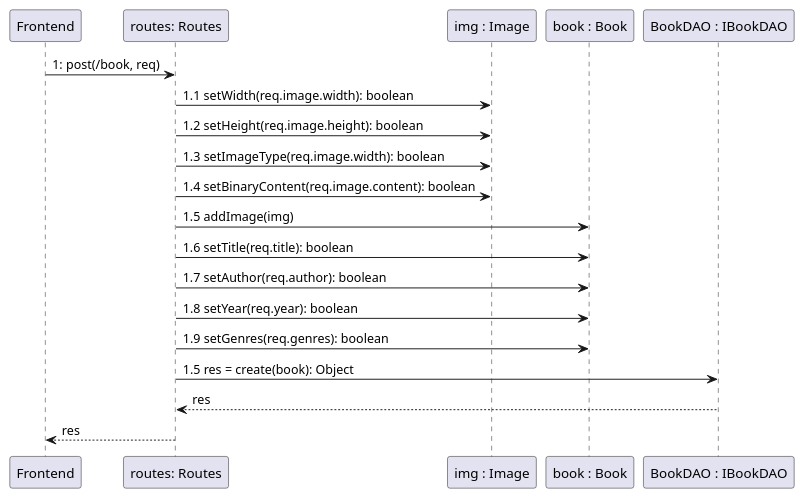
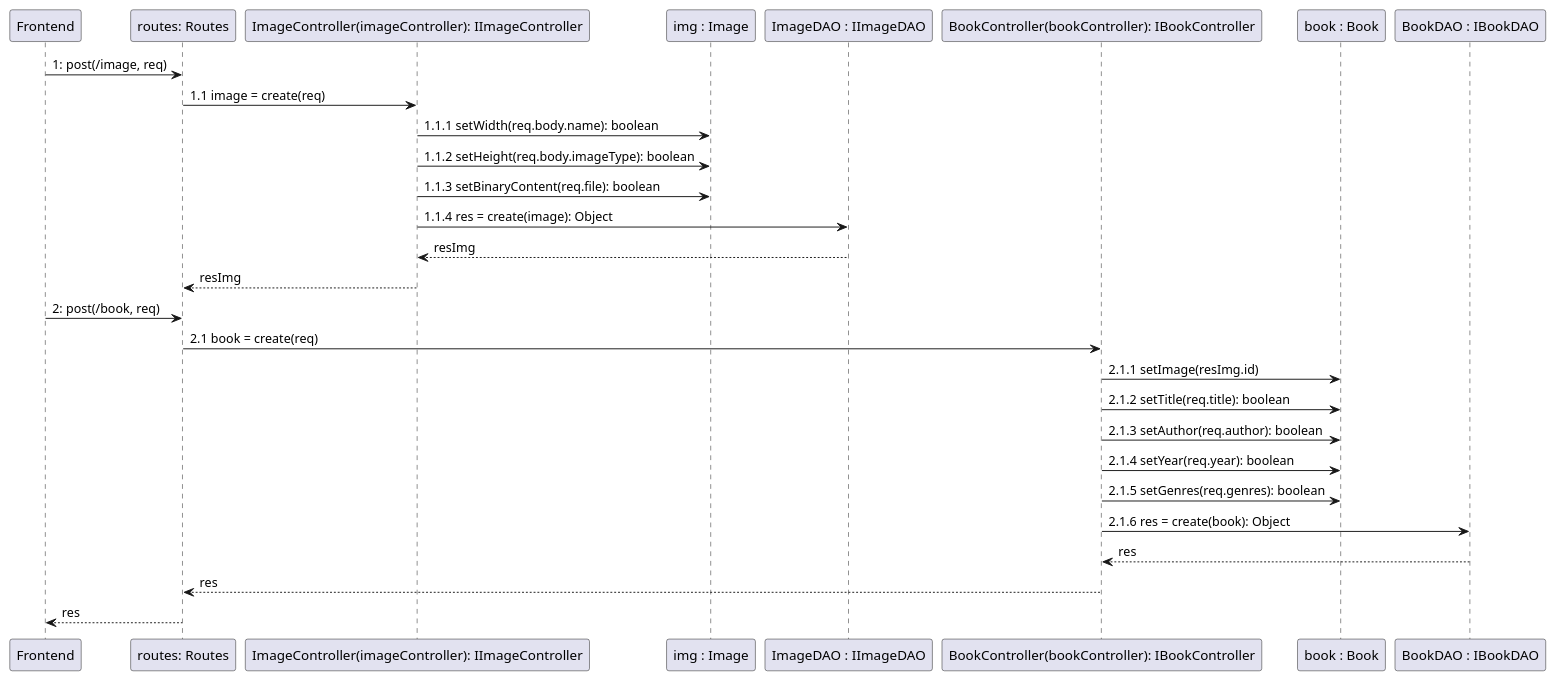
The diagram in project/Diagramas de Seq/book/create.plantuml (GustavoCunhaLacerda/projeto-es2), drawn with PlantUML before and after one commit. The commit also changed 1856 other files, not shown here.

```diff
--- a/project/Diagramas de Seq/book/create.plantuml
+++ b/project/Diagramas de Seq/book/create.plantuml
@@ -1,27 +1,37 @@
 @startuml es2
 skinparam class {
     BackgroundColor Snow
     BorderColor Black
 }
+Frontend -> "routes: Routes" : 1: post(/image, req)
+"routes: Routes" -> "ImageController(imageController): IImageController" : 1.1 image = create(req)
 
-Frontend -> "routes: Routes" : 1: post(/book, req)
+"ImageController(imageController): IImageController" -> "img : Image" : 1.1.1 setWidth(req.body.name): boolean
+"ImageController(imageController): IImageController" -> "img : Image" : 1.1.2 setHeight(req.body.imageType): boolean
+"ImageController(imageController): IImageController" -> "img : Image" : 1.1.3 setBinaryContent(req.file): boolean
 
-"routes: Routes" -> "img : Image" : 1.1 setWidth(req.image.width): boolean
-"routes: Routes" -> "img : Image" : 1.2 setHeight(req.image.height): boolean
-"routes: Routes" -> "img : Image" : 1.3 setImageType(req.image.width): boolean
-"routes: Routes" -> "img : Image" : 1.4 setBinaryContent(req.image.content): boolean
+"ImageController(imageController): IImageController" -> "ImageDAO : IImageDAO" : 1.1.4 res = create(image): Object
 
-"routes: Routes" -> "book : Book" : 1.5 addImage(img)
+"ImageDAO : IImageDAO" --> "ImageController(imageController): IImageController" : resImg
+"routes: Routes" <-- "ImageController(imageController): IImageController" : resImg
 
-"routes: Routes" -> "book : Book" : 1.6 setTitle(req.title): boolean
-"routes: Routes" -> "book : Book" : 1.7 setAuthor(req.author): boolean
-"routes: Routes" -> "book : Book" : 1.8 setYear(req.year): boolean
-"routes: Routes" -> "book : Book" : 1.9 setGenres(req.genres): boolean
+Frontend -> "routes: Routes" : 2: post(/book, req)
 
-"routes: Routes" -> "BookDAO : IBookDAO" : 1.5 res = create(book): Object
+"routes: Routes" -> "BookController(bookController): IBookController" : 2.1 book = create(req)
 
-"BookDAO : IBookDAO" --> "routes: Routes" : res
+
+"BookController(bookController): IBookController" -> "book : Book" : 2.1.1 setImage(resImg.id)
+"BookController(bookController): IBookController" -> "book : Book" : 2.1.2 setTitle(req.title): boolean
+"BookController(bookController): IBookController" -> "book : Book" : 2.1.3 setAuthor(req.author): boolean
+"BookController(bookController): IBookController" -> "book : Book" : 2.1.4 setYear(req.year): boolean
+"BookController(bookController): IBookController" -> "book : Book" : 2.1.5 setGenres(req.genres): boolean
+
+"BookController(bookController): IBookController" -> "BookDAO : IBookDAO" : 2.1.6 res = create(book): Object
+
+"BookDAO : IBookDAO" --> "BookController(bookController): IBookController" : res
+"routes: Routes" <-- "BookController(bookController): IBookController" : res
+
 
 "routes: Routes" --> Frontend : res
 
 @enduml
```
